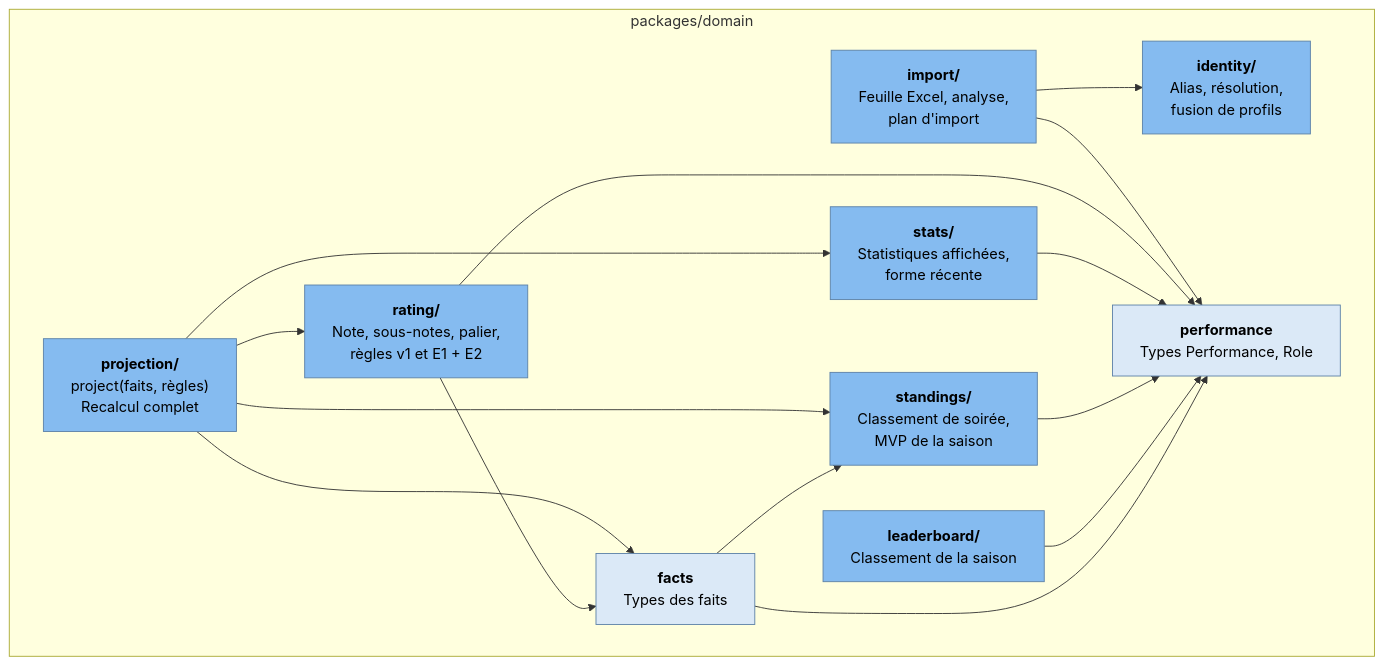
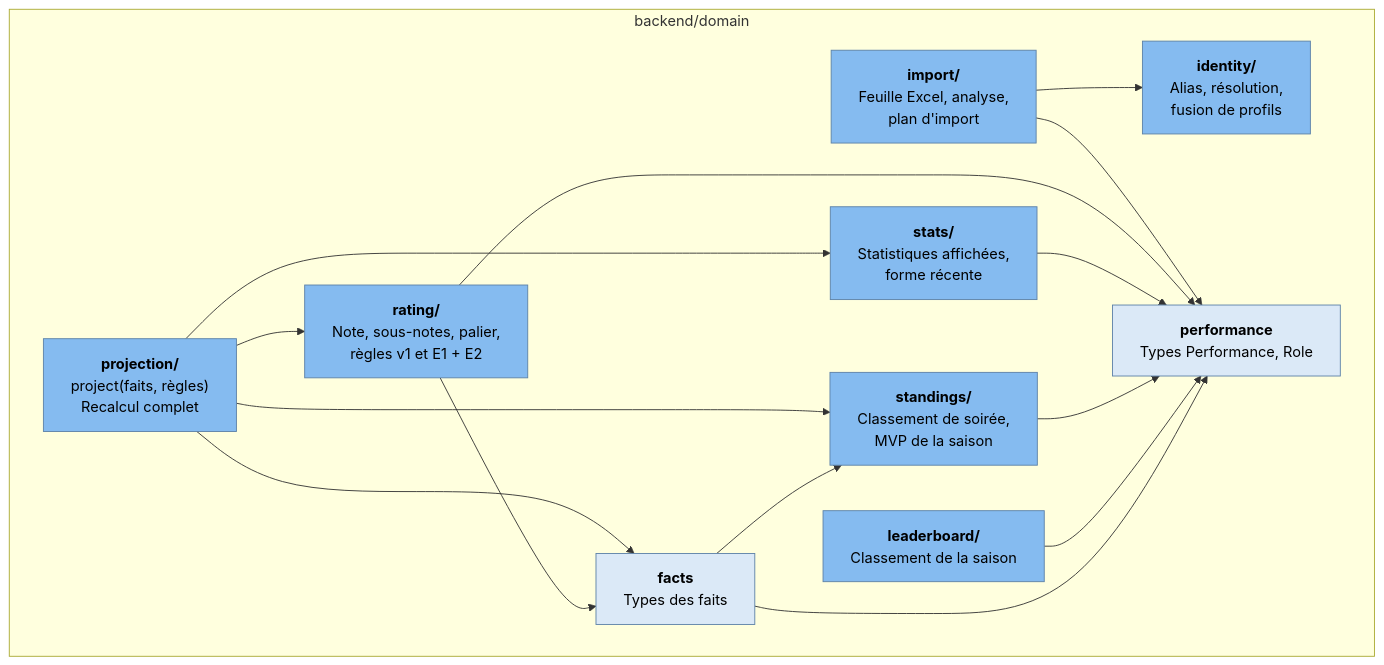
The third of 5 diagrams in docs/architecture/c4.md (Charkx/Arrakard), drawn with Mermaid before and after one commit. The commit also changed other lines of this file and 217 other files, not shown here.

````diff
--- a/docs/architecture/c4.md
+++ b/docs/architecture/c4.md
@@ -93,31 +93,31 @@
 ```mermaid
 flowchart TB
   classDef component fill:#85bbf0,stroke:#5d82a8,color:#000
   classDef shared fill:#dbe9f7,stroke:#5d82a8,color:#000
 
-  subgraph domain["packages/domain"]
+  subgraph domain["backend/domain"]
     projection["<b>projection/</b><br/>project(faits, règles)<br/>Recalcul complet"]:::component
     import["<b>import/</b><br/>Feuille Excel, analyse,<br/>plan d'import"]:::component
     rating["<b>rating/</b><br/>Note, sous-notes, palier,<br/>règles v1 et E1 + E2"]:::component
     stats["<b>stats/</b><br/>Statistiques affichées,<br/>forme récente"]:::component
     standings["<b>standings/</b><br/>Classement de soirée,<br/>MVP de la saison"]:::component
     leaderboard["<b>leaderboard/</b><br/>Classement de la saison"]:::component
     identity["<b>identity/</b><br/>Alias, résolution,<br/>fusion de profils"]:::component
     facts["<b>facts</b><br/>Types des faits"]:::shared
     performance["<b>performance</b><br/>Types Performance, Role"]:::shared
   end
 
   projection --> rating
   projection --> stats
   projection --> standings
   projection --> facts
   import --> identity
   import --> performance
   rating --> facts
   rating --> performance
   stats --> performance
   standings --> performance
   leaderboard --> performance
   facts --> standings
   facts --> performance
 ```
````
